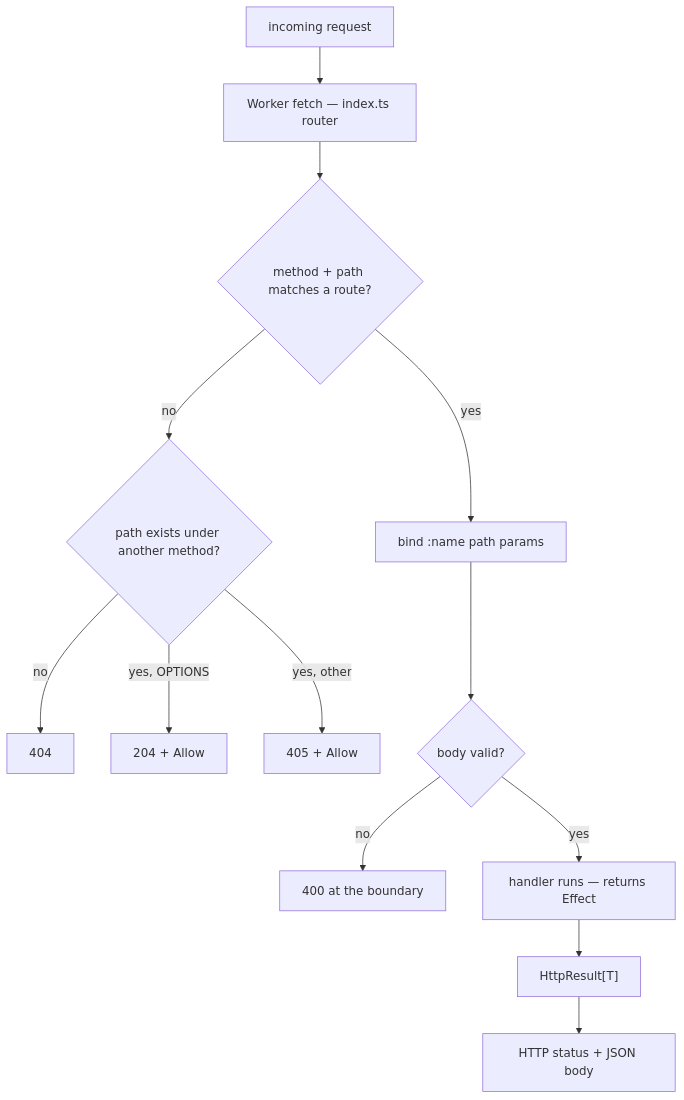
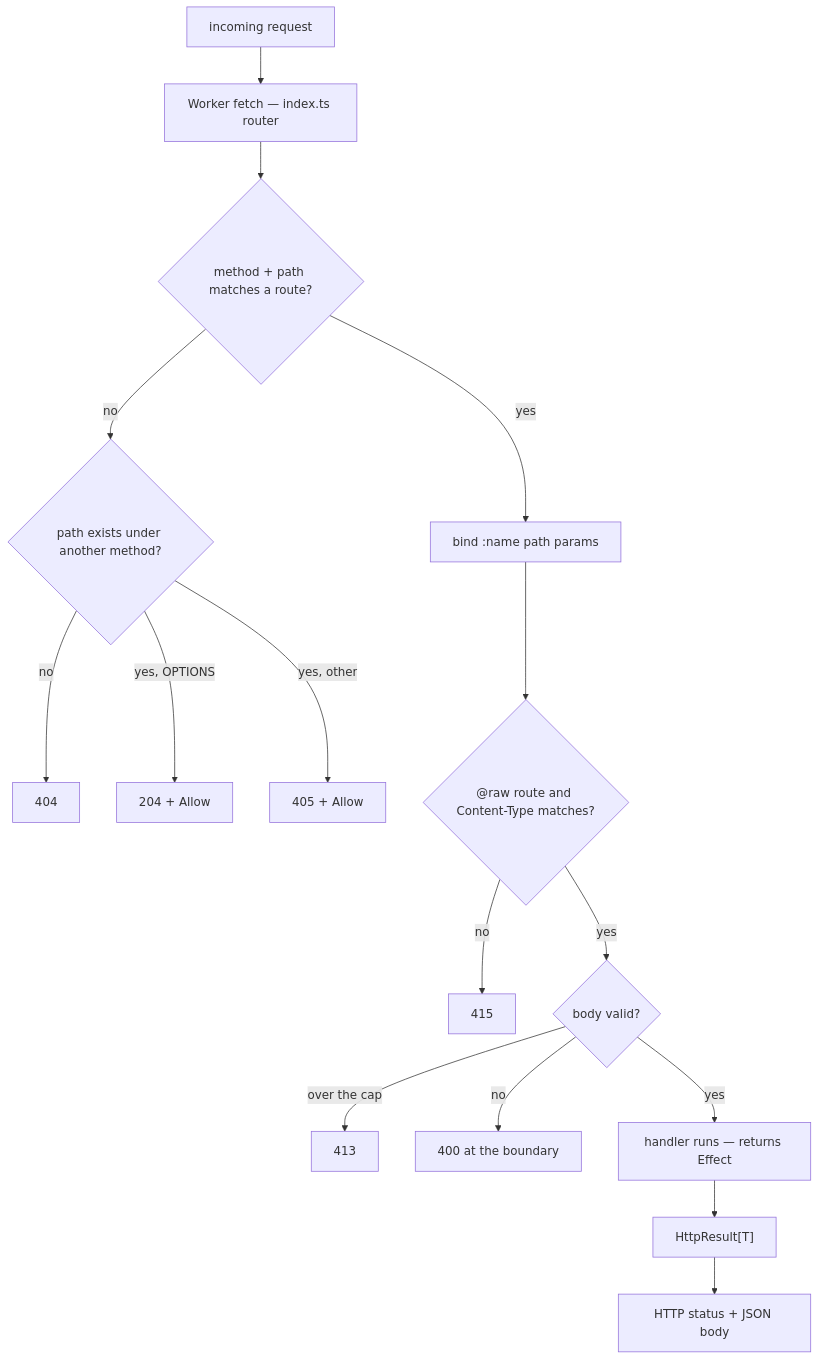
One commit to bynk-lang/bynk changed the diagram in site/src/content/docs/book/reference/http.md. Above: the diagram before and after it, drawn with Mermaid. The commit also changed other lines of this file and 64 other files, not shown here.

First line of the commit message:
First-party registry L1: raw HTTP request bodies (@raw, 415, counted body caps) (#2320)

````diff
--- a/site/src/content/docs/book/reference/http.md
+++ b/site/src/content/docs/book/reference/http.md
@@ -535,15 +599,18 @@
 ```mermaid
 flowchart TD
   req["incoming request"] --> router["Worker fetch — index.ts router"]
   router --> match{"method + path matches a route?"}
   match -->|yes| params["bind :name path params"]
   match -->|no| known{"path exists under another method?"}
   known -->|no| nf["404"]
   known -->|yes, OPTIONS| opt["204 + Allow"]
   known -->|yes, other| m405["405 + Allow"]
-  params --> body{"body valid?"}
+  params --> ctype{"@raw route and Content-Type matches?"}
+  ctype -->|no| m415["415"]
+  ctype -->|yes| body{"body valid?"}
+  body -->|over the cap| m413["413"]
   body -->|no| bad["400 at the boundary"]
   body -->|yes| handler["handler runs — returns Effect"]
   handler --> result["HttpResult[T]"]
   result --> status["HTTP status + JSON body"]
 ```
````
